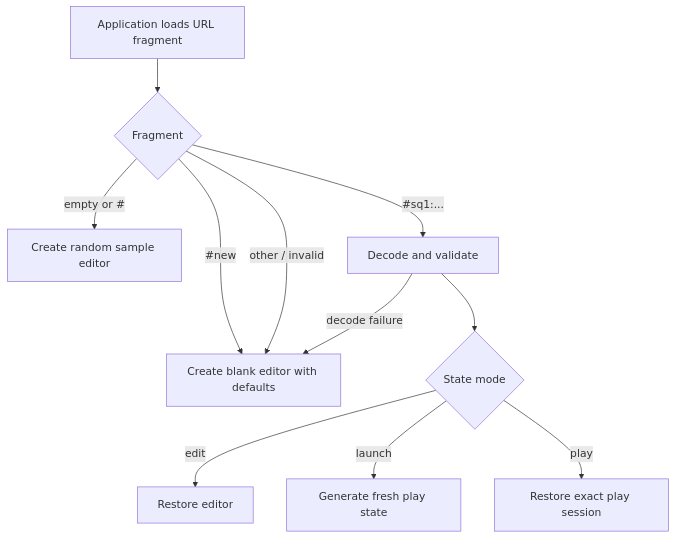
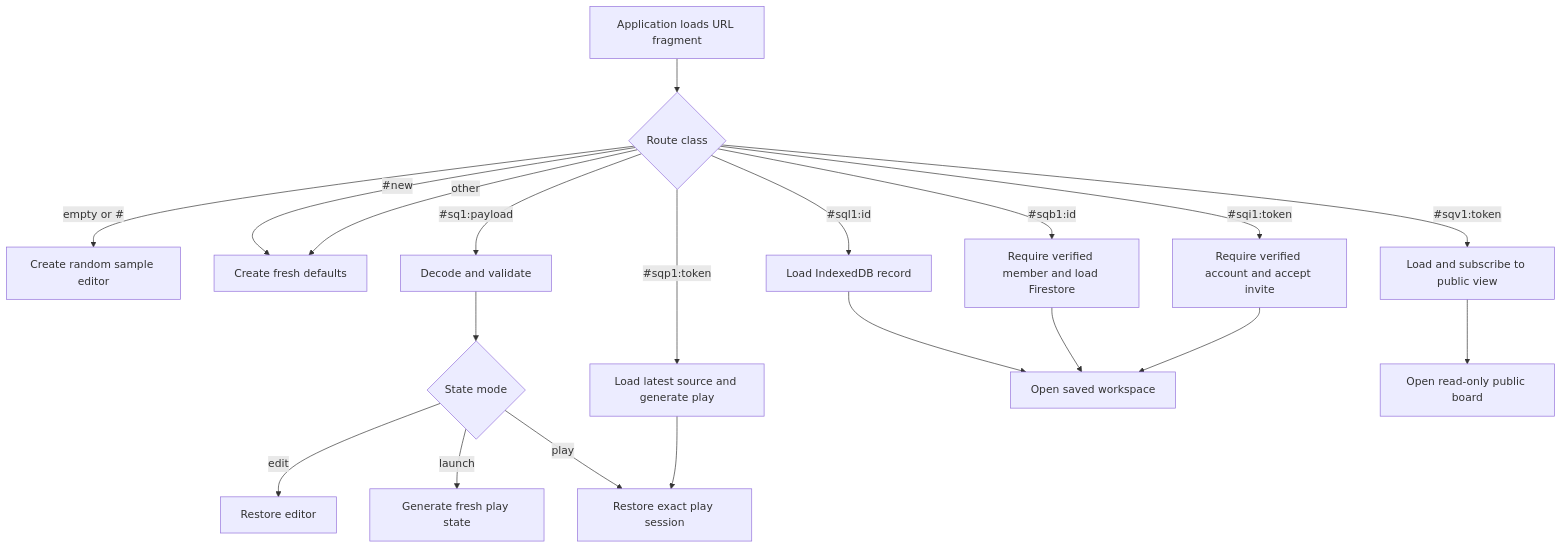
Before and after one commit to mikejhill/squarecast: the diagram in docs/state-and-routing.md, drawn with Mermaid. The commit also changed other lines of this file and 55 other files, not shown here.

````diff
--- a/docs/state-and-routing.md
+++ b/docs/state-and-routing.md
@@ -84,13 +58,22 @@
 ```mermaid
 flowchart TD
-    A["Application loads URL fragment"] --> B{"Fragment"}
+    A["Application loads URL fragment"] --> B{"Route class"}
     B -- "empty or #" --> C["Create random sample editor"]
-    B -- "#new" --> D["Create blank editor with defaults"]
-    B -- "#sq1:..." --> E["Decode and validate"]
-    B -- "other / invalid" --> D
+    B -- "#new" --> D["Create fresh defaults"]
+    B -- "#sq1:payload" --> E["Decode and validate"]
+    B -- "#sql1:id" --> L["Load IndexedDB record"]
+    B -- "#sqb1:id" --> M["Require verified member and load Firestore"]
+    B -- "#sqv1:token" --> V["Load and subscribe to public view"]
+    B -- "#sqp1:token" --> P["Load latest source and generate play"]
+    B -- "#sqi1:token" --> Q["Require verified account and accept invite"]
+    B -- "other" --> D
     E --> F{"State mode"}
     F -- "edit" --> G["Restore editor"]
     F -- "launch" --> H["Generate fresh play state"]
     F -- "play" --> I["Restore exact play session"]
-    E -- "decode failure" --> D
+    L --> J["Open saved workspace"]
+    M --> J
+    Q --> J
+    V --> K["Open read-only public board"]
+    P --> I
 ```
````
